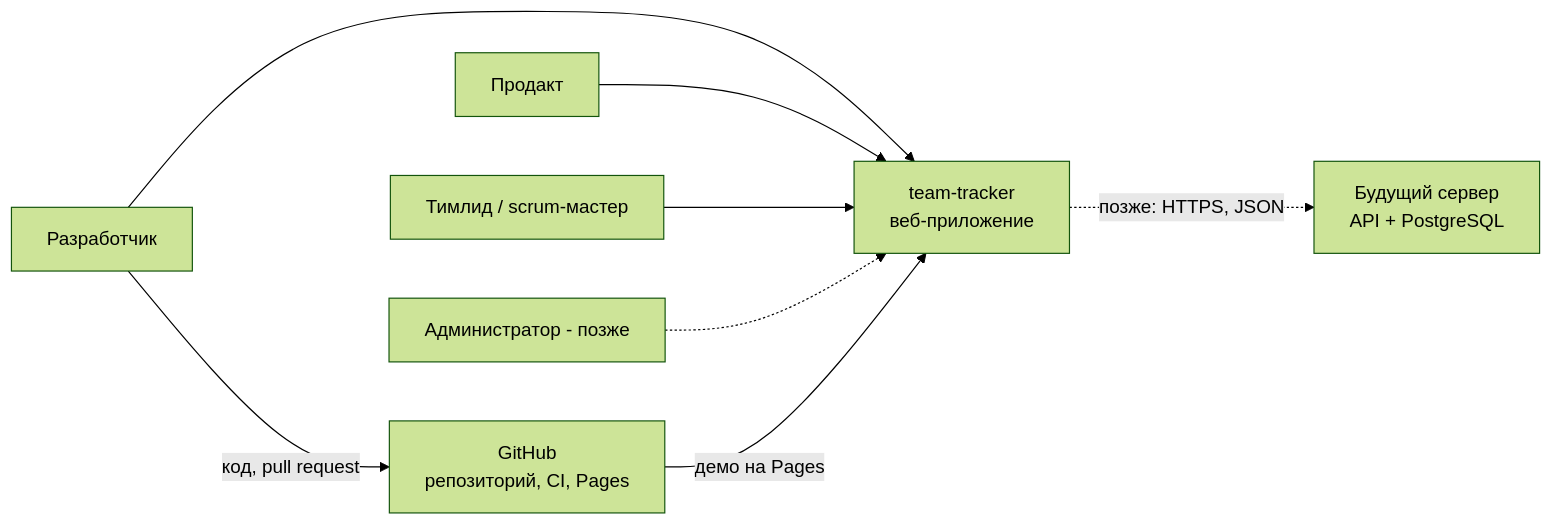
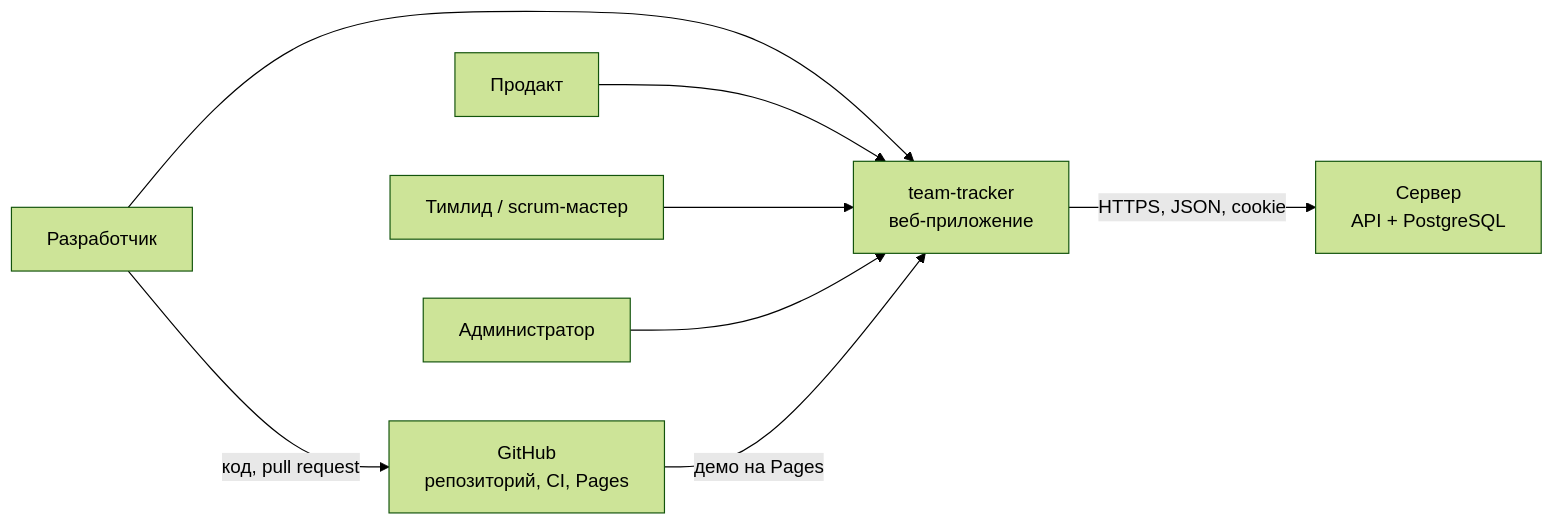
Before and after one commit to TimurNazmutdinov/team-tracker: the first of 8 diagrams in docs/architecture.md, drawn with Mermaid (forest theme). The commit also changed other lines of this file and 29 other files, not shown here.

````diff
--- a/docs/architecture.md
+++ b/docs/architecture.md
@@ -24,17 +25,17 @@
 ```mermaid
 flowchart LR
     Dev[Разработчик]
     PO[Продакт]
     TL[Тимлид / scrum-мастер]
-    Adm[Администратор - позже]
+    Adm[Администратор]
     T[team-tracker<br/>веб-приложение]
     GH[GitHub<br/>репозиторий, CI, Pages]
-    S[Будущий сервер<br/>API + PostgreSQL]
+    S[Сервер<br/>API + PostgreSQL]
     Dev --> T
     PO --> T
     TL --> T
-    Adm -.-> T
+    Adm --> T
     Dev -->|код, pull request| GH
     GH -->|демо на Pages| T
-    T -.->|позже: HTTPS, JSON| S
+    T -->|HTTPS, JSON, cookie| S
 ```
````
